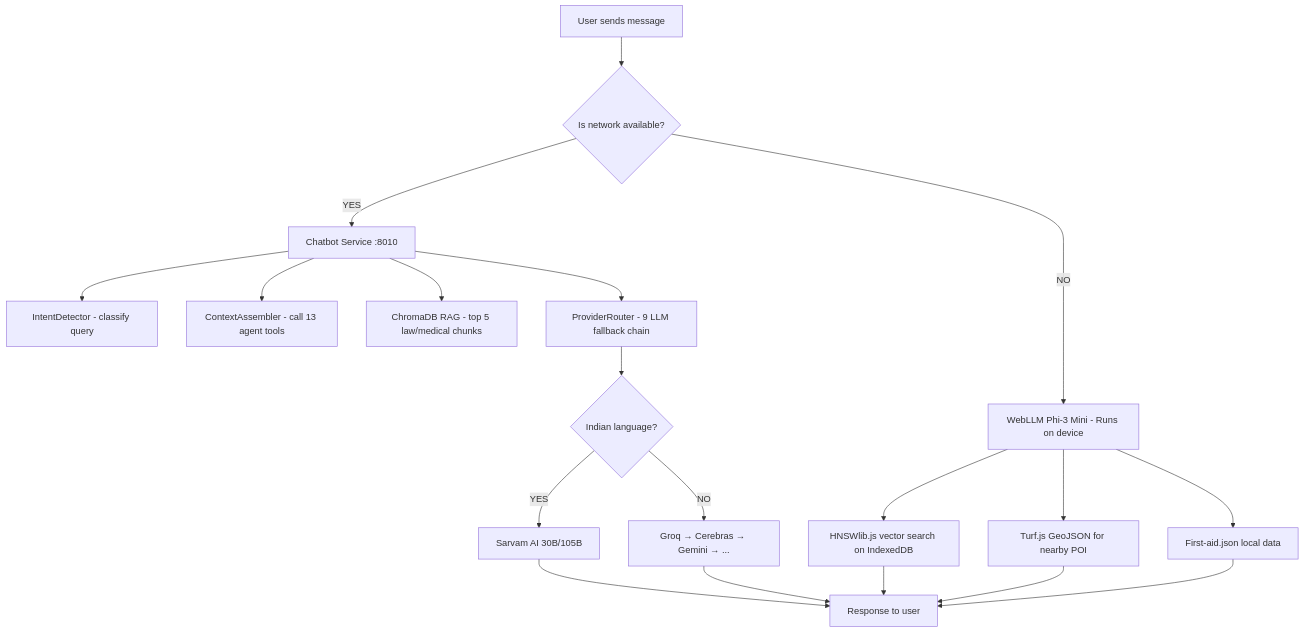
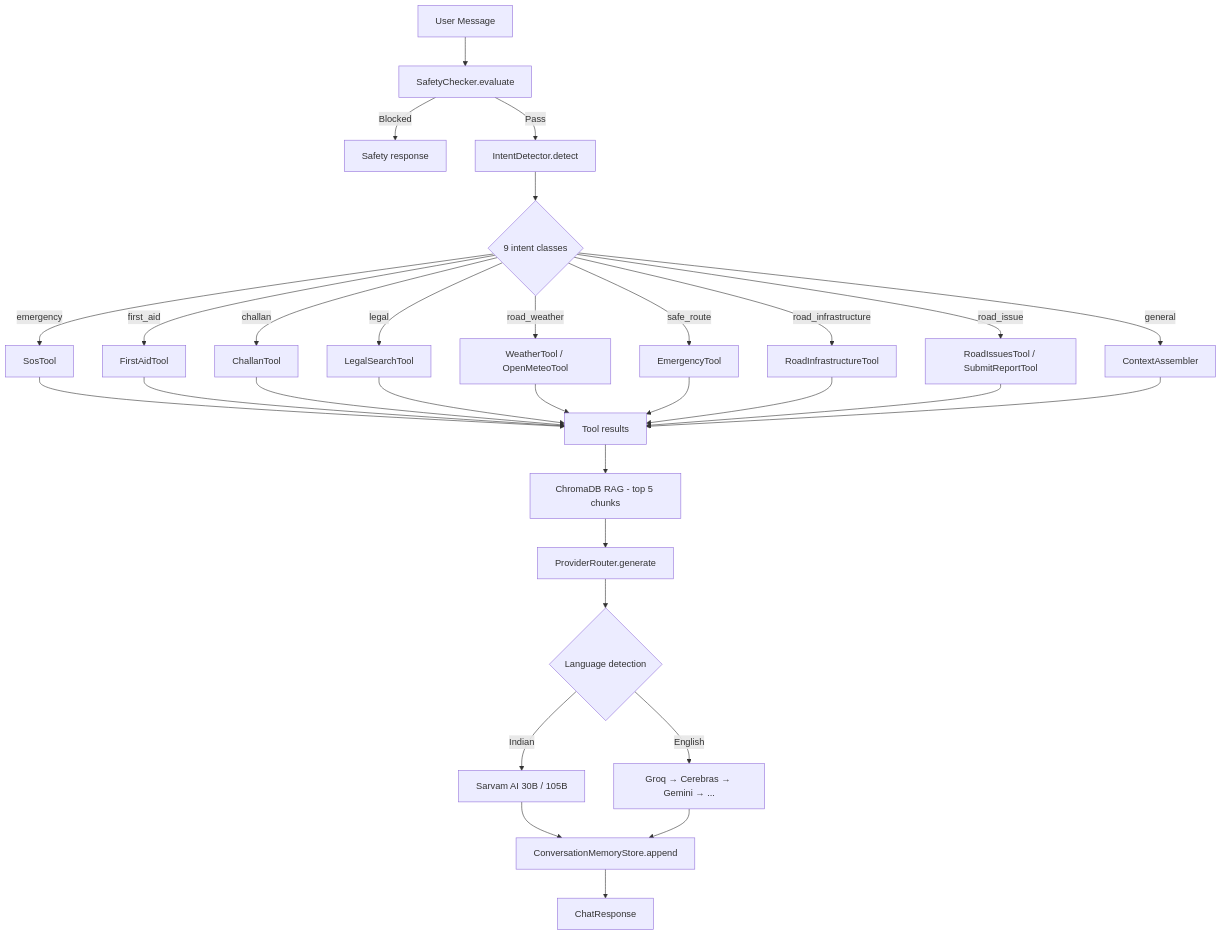
Before and after one commit to safevixai/safevixai: the second of 9 diagrams in docs/Architecture.md, drawn with Mermaid. The commit also changed other lines of this file and 110 other files, not shown here.

Commit message:
chore: e2e hardening, fix consent bypass, signup flow & responsive tests

````diff
--- a/docs/Architecture.md
+++ b/docs/Architecture.md
@@ -67,25 +205,35 @@
 ```mermaid
 flowchart TD
-    A[User sends message] --> B{Is network available?}
+    A[User Message] --> B[SafetyChecker.evaluate]
+    B -->|Blocked| C[Safety response]
+    B -->|Pass| D[IntentDetector.detect]
+    D --> E{9 intent classes}
+    E -->|emergency| F1[SosTool]
+    E -->|first_aid| F2[FirstAidTool]
+    E -->|challan| F3[ChallanTool]
+    E -->|legal| F4[LegalSearchTool]
+    E -->|road_weather| F5[WeatherTool / OpenMeteoTool]
+    E -->|safe_route| F6[EmergencyTool]
+    E -->|road_infrastructure| F7[RoadInfrastructureTool]
+    E -->|road_issue| F8[RoadIssuesTool / SubmitReportTool]
+    E -->|general| F9[ContextAssembler]
 
-    B -->|YES| CS[Chatbot Service :8010]
-    B -->|NO| D[WebLLM Phi-3 Mini - Runs on device]
+    F1 --> G[Tool results]
+    F2 --> G
+    F3 --> G
+    F4 --> G
+    F5 --> G
+    F6 --> G
+    F7 --> G
+    F8 --> G
+    F9 --> G
 
-    CS --> CS1[IntentDetector - classify query]
-    CS --> CS2[ContextAssembler - call 13 agent tools]
-    CS --> CS3[ChromaDB RAG - top 5 law/medical chunks]
-    CS --> CS4[ProviderRouter - 9 LLM fallback chain]
-    CS4 --> CS5{Indian language?}
-    CS5 -->|YES| CS6[Sarvam AI 30B/105B]
-    CS5 -->|NO| CS7[Groq → Cerebras → Gemini → ...]
-
-    D --> D1[HNSWlib.js vector search on IndexedDB]
-    D --> D2[Turf.js GeoJSON for nearby POI]
-    D --> D3[First-aid.json local data]
-
-    CS6 --> E[Response to user]
-    CS7 --> E
-    D1 --> E
-    D2 --> E
-    D3 --> E
+    G --> H[ChromaDB RAG - top 5 chunks]
+    H --> I[ProviderRouter.generate]
+    I --> J{Language detection}
+    J -->|Indian| K[Sarvam AI 30B / 105B]
+    J -->|English| L[Groq → Cerebras → Gemini → ...]
+    K --> M[ConversationMemoryStore.append]
+    L --> M
+    M --> N[ChatResponse]
 ```
````
